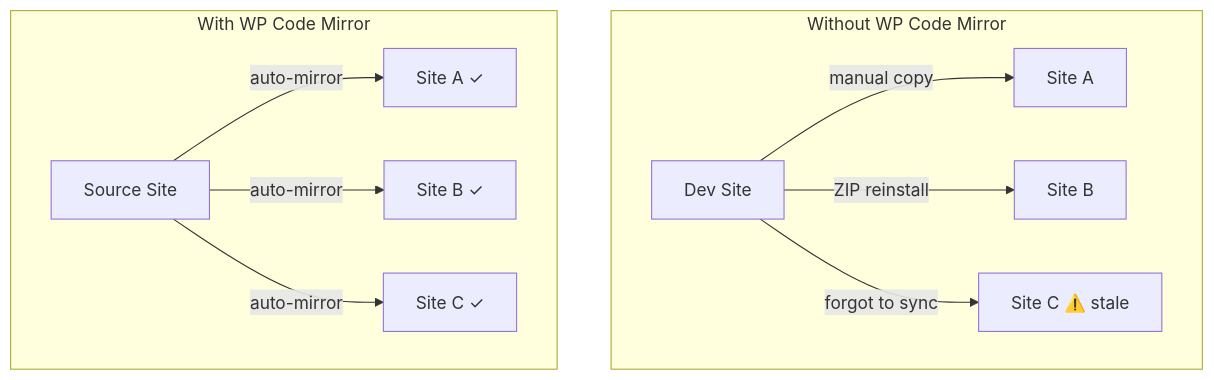
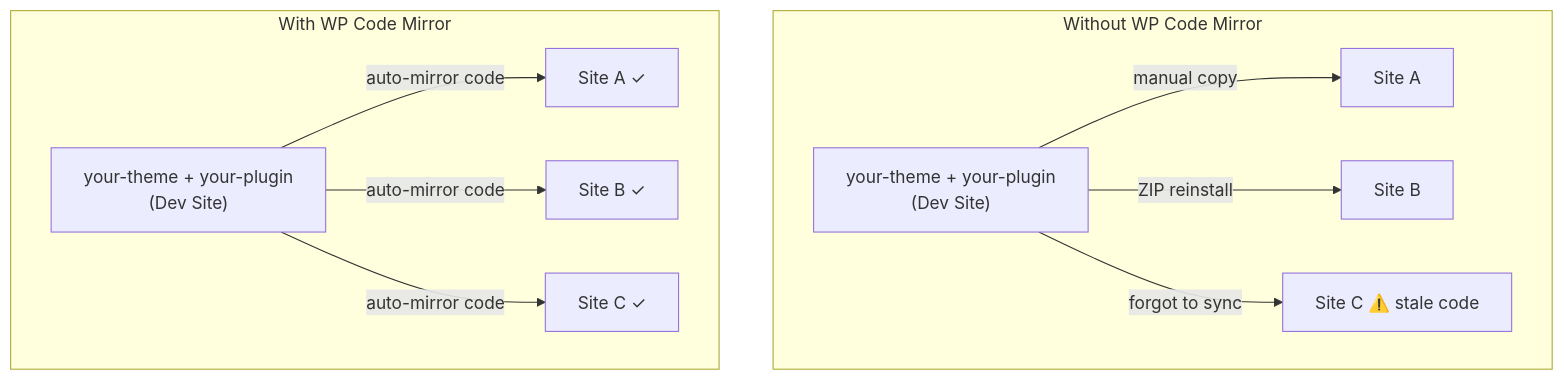
Before and after one commit to georgeolaru/wp-code-mirror: the first of 2 diagrams in README.md, drawn with Mermaid. The commit also changed other lines of this file, not shown here.

Commit message:
docs: clarify diagrams show theme/plugin code, not full sites

````diff
--- a/README.md
+++ b/README.md
@@ -52,14 +52,14 @@
 ```mermaid
 flowchart TD
     subgraph BEFORE["Without WP Code Mirror"]
-        Dev["Dev Site"] -->|"manual copy"| A["Site A"]
+        Dev["your-theme + your-plugin\n(Dev Site)"] -->|"manual copy"| A["Site A"]
         Dev -->|"ZIP reinstall"| B["Site B"]
-        Dev -->|"forgot to sync"| C["Site C ⚠️ stale"]
+        Dev -->|"forgot to sync"| C["Site C ⚠️ stale code"]
     end
 
     subgraph AFTER["With WP Code Mirror"]
-        Source["Source Site"] -->|"auto-mirror"| X["Site A ✓"]
-        Source -->|"auto-mirror"| Y["Site B ✓"]
-        Source -->|"auto-mirror"| Z["Site C ✓"]
+        Source["your-theme + your-plugin\n(Dev Site)"] -->|"auto-mirror code"| X["Site A ✓"]
+        Source -->|"auto-mirror code"| Y["Site B ✓"]
+        Source -->|"auto-mirror code"| Z["Site C ✓"]
     end
 ```
````
